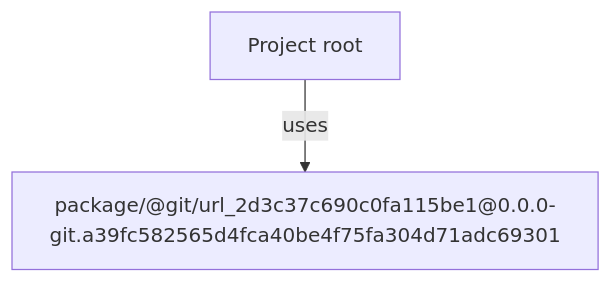
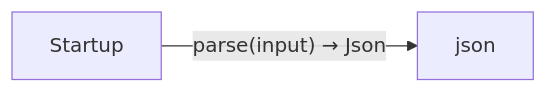
Before and after one commit to GreenPandaStudios/augscript: the diagram in benchmarks/json/.aug-spec/diagrams/index.md, drawn with Mermaid. The commit also changed other lines of this file and 524 other files, not shown here.

Commit message:
Explain checked data flow at folder and service levels

````diff
--- a/benchmarks/json/.aug-spec/diagrams/index.md
+++ b/benchmarks/json/.aug-spec/diagrams/index.md
@@ -11,6 +13,6 @@
 ```mermaid
-flowchart TD
-    n0["Project root"]
-    n1["package/@git/url_2d3c37c690c0fa115be1@0.0.0-git.a39fc582565d4fca40be4f75fa304d71adc69301"]
-    n0 -->|"uses"| n1
+flowchart LR
+    n0["Startup"]
+    n1["json"]
+    n0 -->|"parse(input) → Json"| n1
 ```
````
